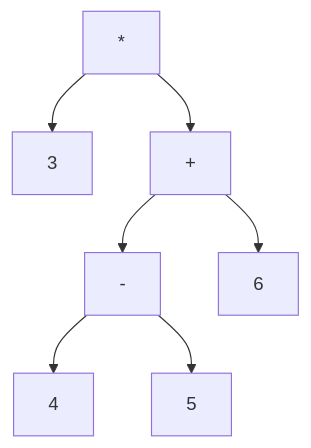
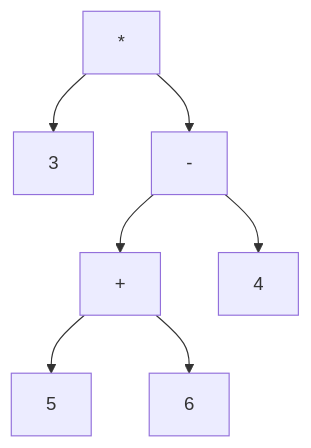
One commit to RicardoCalvoP/TC3002B changed the fourth of 6 diagrams in Compilers/Homeworks/hw2_grammar_a01028889.md. Above: the diagram before and after it, drawn with Mermaid. The commit also changed other lines of this file, not shown here.

````diff
--- a/Compilers/Homeworks/hw2_grammar_a01028889.md
+++ b/Compilers/Homeworks/hw2_grammar_a01028889.md
@@ -244,11 +244,11 @@
 ```mermaid
 graph TD
     mult["*"] --> n3["3"]
-    mult --> plus["+"]
+    mult --> minus["-"]
 
-    plus --> minus["-"]
+    minus --> plus["+"]
+    minus --> n4["4"]
+
+    plus --> n5["5"]
     plus --> n6["6"]
-
-    minus --> n4["4"]
-    minus --> n5["5"]
 ```
````
